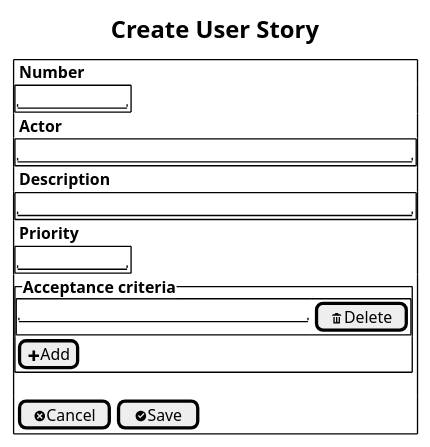
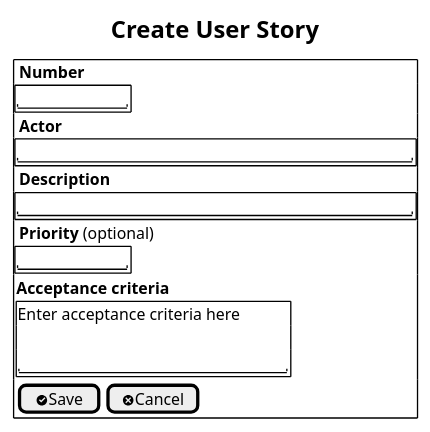
Before and after one commit to ivo-menezes/project_g3: the diagram in docs/modelling_design/user_stories/us025/US025_Mockup.puml, drawn with PlantUML.

Commit message:
US025: UI Design : Update Mockup (Close #58)

```diff
--- a/docs/modelling_design/user_stories/us025/US025_Mockup.puml
+++ b/docs/modelling_design/user_stories/us025/US025_Mockup.puml
@@ -1,32 +1,37 @@
 @startuml
 'https://plantuml.com/salt
 
 salt
 
 <style>
 title {
   HorizontalAlignment center
   FontSize 18
   FontColor black
 }
 </style>
 
 title <b>Create User Story</b>
 {+
 
 <b> Number
 {+ "          "}
 <b> Actor
 {+ "                                     "}
 <b> Description
 {+ "                                     "}
-<b> Priority
+<b> Priority</b> (optional)
 {+ "          "}
-{^"<b>Acceptance criteria"
-{+ "                           " | [<&trash>Delete] }
+{<b>Acceptance criteria
+{+
+   Enter acceptance criteria here
 
-[<&plus>Add]
+   .
+   "                         "
 }
-{  [<&circle-x>Cancel] | [<&circle-check>Save ]}
+
+
+}
+{ [<&circle-check>Save ] |  [<&circle-x>Cancel] }
 }
 @enduml
```
